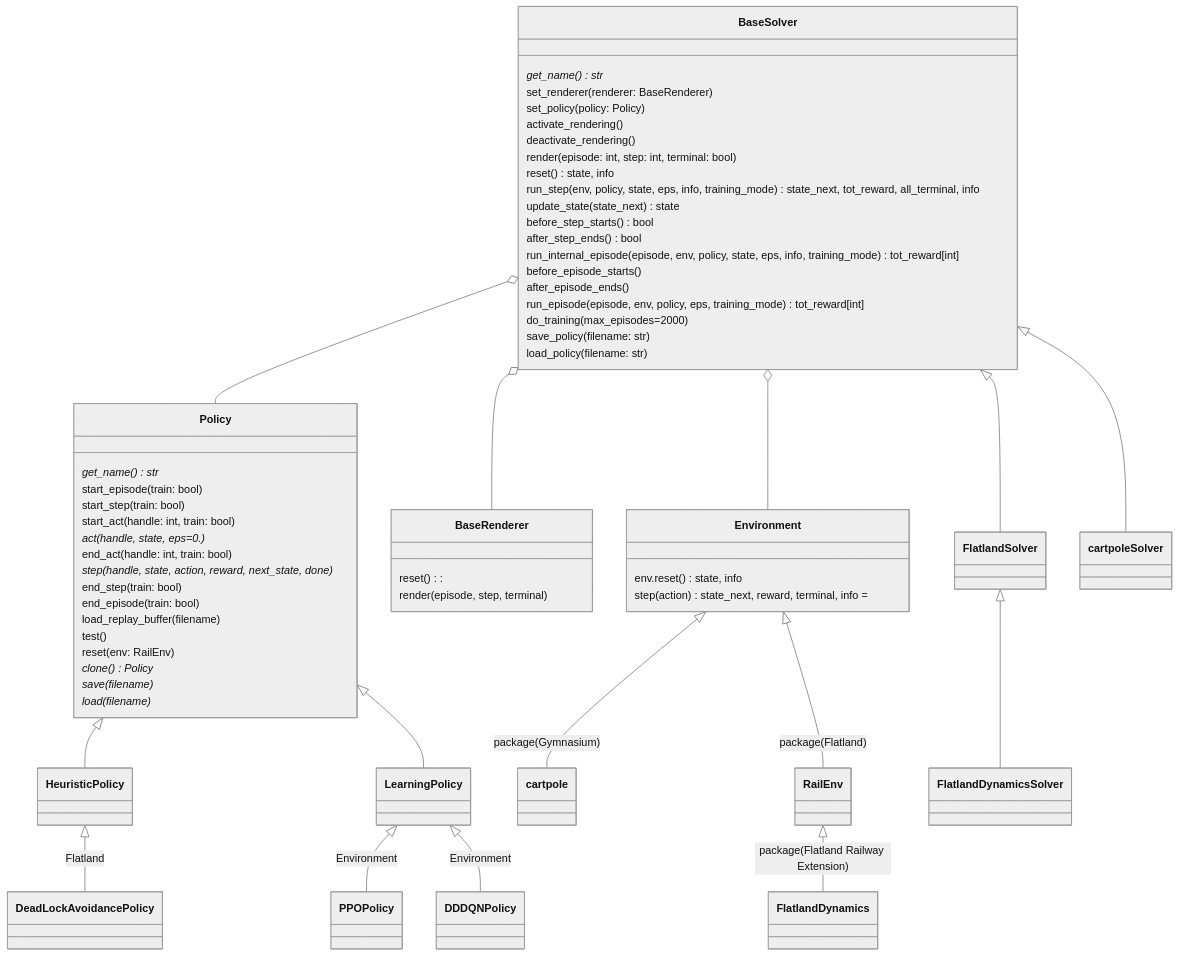
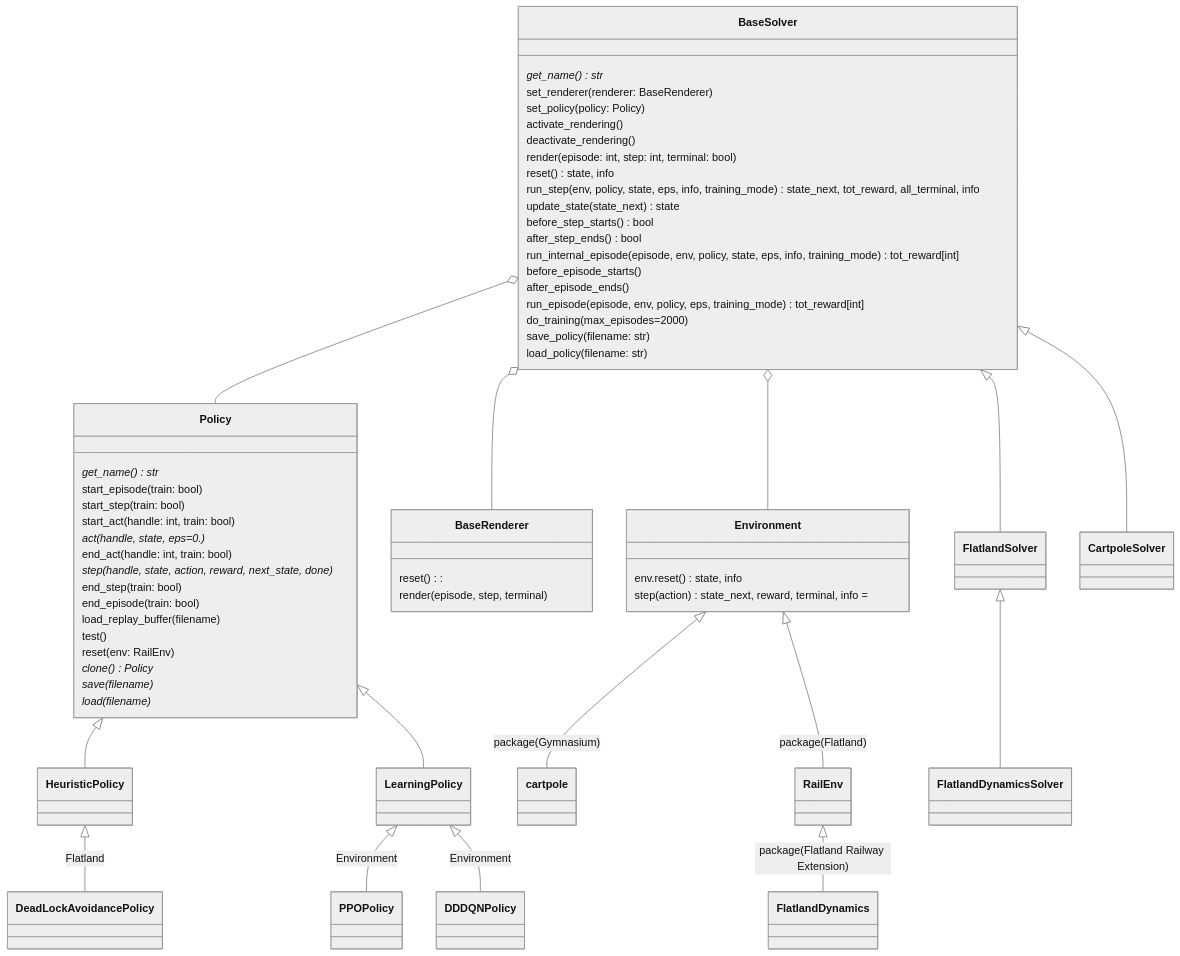
One commit to aiAdrian/flatland_solver_policy changed the second of 3 diagrams in README.md. Above: the diagram before and after it, drawn with Mermaid (neutral theme). The commit also changed other lines of this file and 4 other files, not shown here.

````diff
--- a/README.md
+++ b/README.md
@@ -33,73 +33,73 @@
 ```mermaid
 classDiagram
        
     BaseSolver o-- Policy
     BaseSolver o-- BaseRenderer
     BaseSolver o-- Environment
 
     Environment <|-- cartpole : package(Gymnasium)
     Environment <|-- RailEnv : package(Flatland)
     RailEnv <|-- FlatlandDynamics : package(Flatland Railway Extension)
     
     BaseSolver <|-- FlatlandSolver
-    BaseSolver <|-- cartpoleSolver
+    BaseSolver <|-- CartpoleSolver
     FlatlandSolver <|-- FlatlandDynamicsSolver
     
     Policy  <|-- HeuristicPolicy
 
     HeuristicPolicy  <|-- DeadLockAvoidancePolicy : Flatland
 
     Policy  <|-- LearningPolicy
 
     LearningPolicy <|-- PPOPolicy : Environment
     LearningPolicy <|-- DDDQNPolicy : Environment
 
     class Environment {
         env.reset() state, info
         step(action) state_next, reward, terminal, info = 
     }
 
     class Policy{
       get_name()* str
       start_episode(train: bool)
       start_step(train: bool)
       start_act(handle: int, train: bool)
       act(handle, state, eps=0.)*
       end_act(handle: int, train: bool)
       step(handle, state, action, reward, next_state, done)*
       end_step(train: bool)
       end_episode(train: bool)
       load_replay_buffer(filename)
       test()
       reset(env: RailEnv)
       clone()* Policy
       save(filename)*
       load(filename)* 
     }
 
     class BaseRenderer {
         reset():
         render(episode, step, terminal)
     }
 
     class BaseSolver {
         get_name()* str
         set_renderer(renderer: BaseRenderer)
         set_policy(policy: Policy)
         activate_rendering()
         deactivate_rendering()
         render(episode: int, step: int, terminal: bool)
         reset() state, info
         run_step(env, policy, state, eps, info, training_mode) state_next, tot_reward, all_terminal, info
         update_state(state_next) state
         before_step_starts() bool
         after_step_ends() bool
         run_internal_episode( episode, env, policy, state, eps, info, training_mode) tot_reward[int]
         before_episode_starts()
         after_episode_ends()
         run_episode(episode, env, policy, eps, training_mode) tot_reward[int]
         do_training(max_episodes=2000)
         save_policy(filename: str)
         load_policy(filename: str)
     }
 ``` 
````
